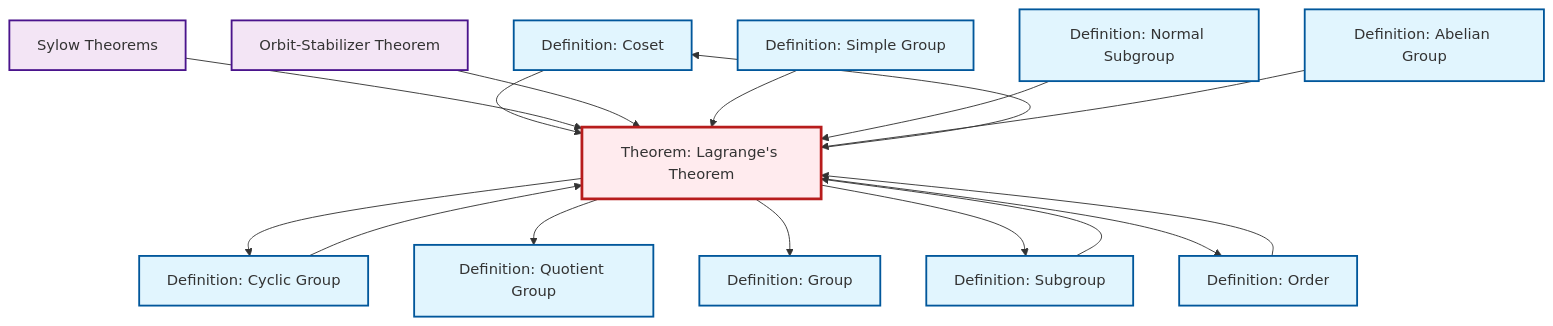
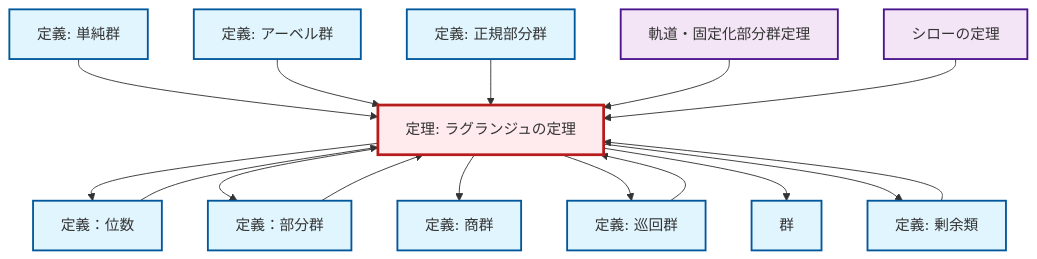
The diagram in content/ja/algebra/thm-lagrange.qmd (RK0429/ModernMath), drawn with Mermaid before and after one commit. The commit also changed 1069 other files, not shown here.

````diff
--- a/content/ja/algebra/thm-lagrange.qmd
+++ b/content/ja/algebra/thm-lagrange.qmd
@@ -55,48 +55,48 @@
 ```{mermaid}
 %%| fig-cap: "Local dependency graph"
 graph TD
     classDef definition fill:#e1f5fe,stroke:#01579b,stroke-width:2px
     classDef theorem fill:#f3e5f5,stroke:#4a148c,stroke-width:2px
     classDef axiom fill:#fff3e0,stroke:#e65100,stroke-width:2px
     classDef example fill:#e8f5e9,stroke:#1b5e20,stroke-width:2px
     classDef current fill:#ffebee,stroke:#b71c1c,stroke-width:3px
-    def-coset["Definition: Coset"]:::definition
-    def-cyclic-group["Definition: Cyclic Group"]:::definition
-    def-simple-group["Definition: Simple Group"]:::definition
-    def-group["Definition: Group"]:::definition
-    thm-sylow["Sylow Theorems"]:::theorem
-    def-order["Definition: Order"]:::definition
-    thm-lagrange["Theorem: Lagrange's Theorem"]:::theorem
-    def-quotient-group["Definition: Quotient Group"]:::definition
-    def-subgroup["Definition: Subgroup"]:::definition
-    thm-orbit-stabilizer["Orbit-Stabilizer Theorem"]:::theorem
-    def-normal-subgroup["Definition: Normal Subgroup"]:::definition
-    def-abelian-group["Definition: Abelian Group"]:::definition
+    thm-lagrange["定理: ラグランジュの定理"]:::theorem
+    def-cyclic-group["定義: 巡回群"]:::definition
+    thm-orbit-stabilizer["軌道・固定化部分群定理"]:::theorem
+    def-normal-subgroup["定義: 正規部分群"]:::definition
+    thm-sylow["シローの定理"]:::theorem
+    def-order["定義：位数"]:::definition
+    def-subgroup["定義：部分群"]:::definition
+    def-quotient-group["定義: 商群"]:::definition
+    def-abelian-group["定義: アーベル群"]:::definition
+    def-coset["定義: 剰余類"]:::definition
+    def-simple-group["定義: 単純群"]:::definition
+    def-group["群"]:::definition
+    def-cyclic-group --> thm-lagrange
+    thm-lagrange --> def-order
+    thm-lagrange --> def-subgroup
+    def-simple-group --> thm-lagrange
     def-coset --> thm-lagrange
+    def-abelian-group --> thm-lagrange
+    def-normal-subgroup --> thm-lagrange
+    def-order --> thm-lagrange
+    thm-lagrange --> def-quotient-group
+    thm-lagrange --> def-cyclic-group
+    thm-lagrange --> def-group
+    thm-orbit-stabilizer --> thm-lagrange
+    thm-sylow --> thm-lagrange
+    def-subgroup --> thm-lagrange
     thm-lagrange --> def-coset
-    thm-sylow --> thm-lagrange
-    thm-lagrange --> def-cyclic-group
-    thm-orbit-stabilizer --> thm-lagrange
-    thm-lagrange --> def-quotient-group
-    def-simple-group --> thm-lagrange
-    def-normal-subgroup --> thm-lagrange
-    thm-lagrange --> def-group
-    thm-lagrange --> def-subgroup
-    def-order --> thm-lagrange
-    def-cyclic-group --> thm-lagrange
-    def-abelian-group --> thm-lagrange
-    thm-lagrange --> def-order
-    def-subgroup --> thm-lagrange
     class thm-lagrange current
-    click def-coset "def-coset.html" "Definition: Cosetへ"
-    click def-cyclic-group "def-cyclic-group.html" "Definition: Cyclic Groupへ"
-    click def-simple-group "def-simple-group.html" "Definition: Simple Groupへ"
-    click def-group "def-group.html" "Definition: Groupへ"
-    click thm-sylow "thm-sylow.html" "Sylow Theoremsへ"
-    click def-order "def-order.html" "Definition: Orderへ"
-    click def-quotient-group "def-quotient-group.html" "Definition: Quotient Groupへ"
-    click def-subgroup "def-subgroup.html" "Definition: Subgroupへ"
-    click thm-orbit-stabilizer "thm-orbit-stabilizer.html" "Orbit-Stabilizer Theoremへ"
-    click def-normal-subgroup "def-normal-subgroup.html" "Definition: Normal Subgroupへ"
-    click def-abelian-group "def-abelian-group.html" "Definition: Abelian Groupへ"
+    click def-cyclic-group "def-cyclic-group.html" "巡回群の定義へ"
+    click thm-orbit-stabilizer "thm-orbit-stabilizer.html" "軌道・固定化部分群定理へ"
+    click def-normal-subgroup "def-normal-subgroup.html" "正規部分群の定義へ"
+    click thm-sylow "thm-sylow.html" "シローの定理へ"
+    click def-order "def-order.html" "定義：位数へ"
+    click def-subgroup "def-subgroup.html" "定義：部分群へ"
+    click def-quotient-group "def-quotient-group.html" "商群の定義へ"
+    click def-abelian-group "def-abelian-group.html" "アーベル群の定義へ"
+    click def-coset "def-coset.html" "剰余類の定義へ"
+    click def-simple-group "def-simple-group.html" "単純群の定義へ"
+    click def-group "def-group.html" "群へ"
 ```
````
